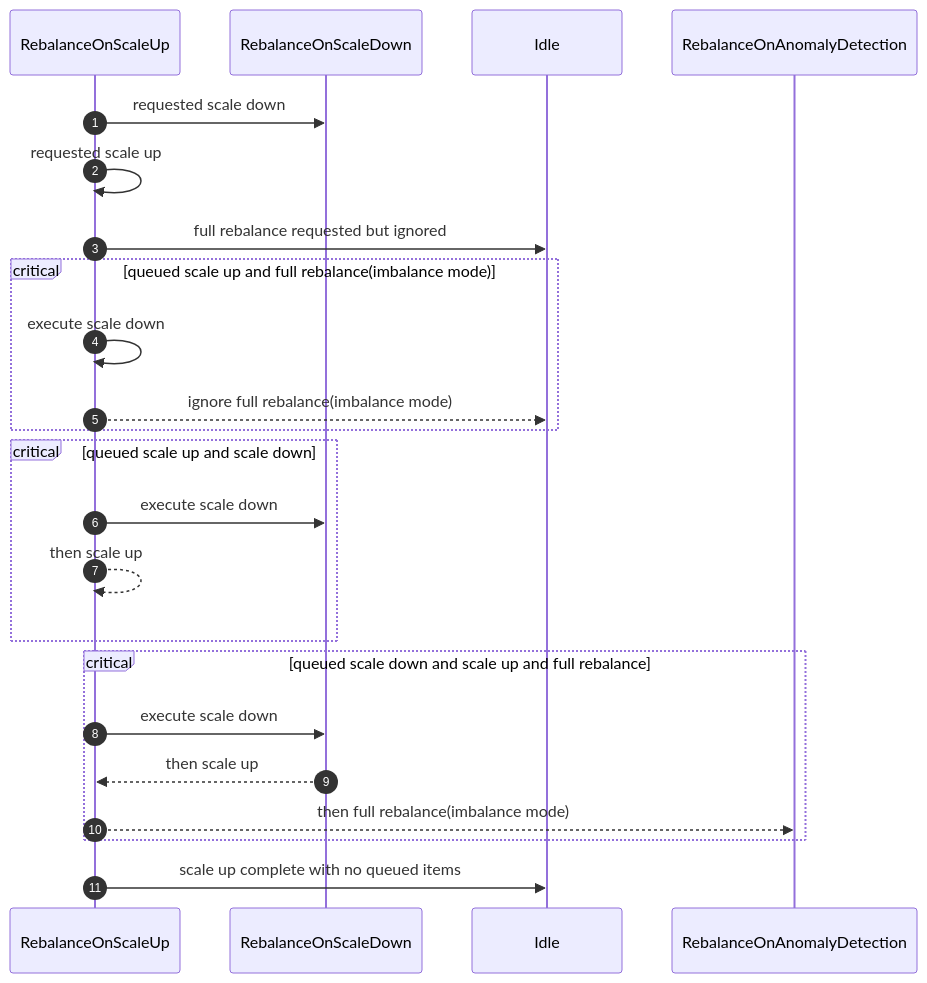
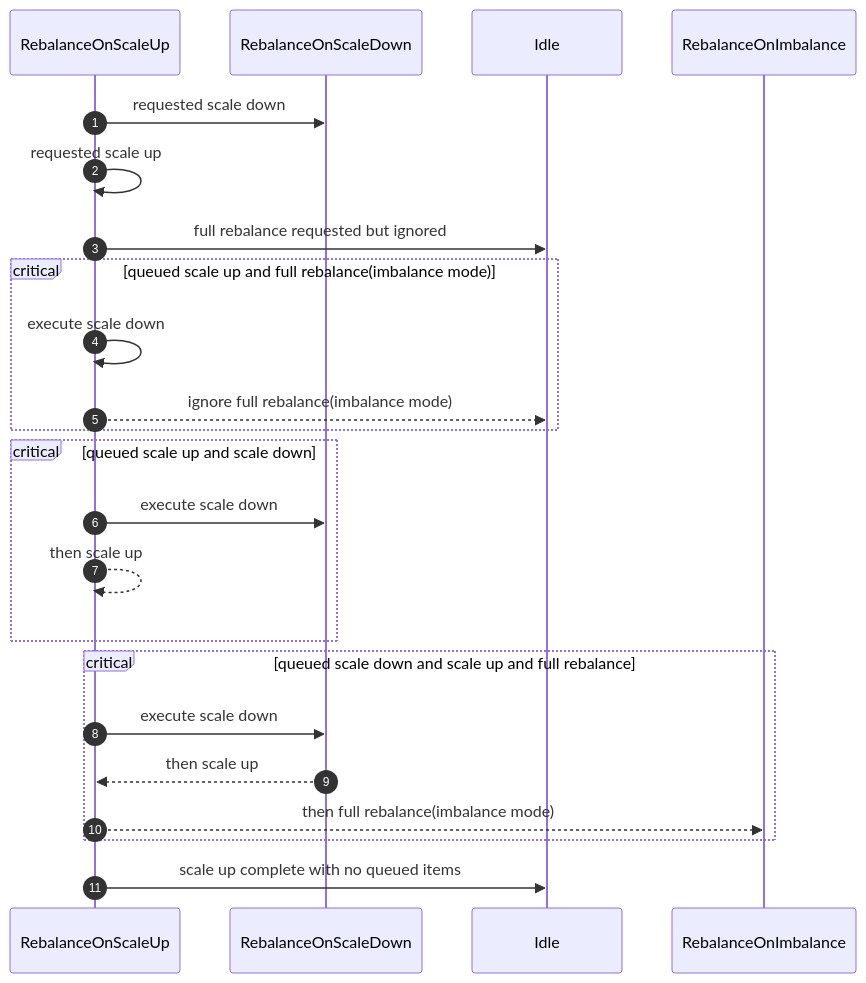
The third of 6 diagrams in 106-auto-rebalance-on-imbalanced-clusters.md (strimzi/proposals), drawn with Mermaid before and after one commit. The commit also changed other lines of this file, not shown here.

````diff
--- a/106-auto-rebalance-on-imbalanced-clusters.md
+++ b/106-auto-rebalance-on-imbalanced-clusters.md
@@ -354,21 +359,21 @@
 ```mermaid
 sequenceDiagram
   autonumber
   RebalanceOnScaleUp->>RebalanceOnScaleDown: requested scale down
   RebalanceOnScaleUp->>RebalanceOnScaleUp: requested scale up
   RebalanceOnScaleUp->>Idle: full rebalance requested but ignored
   critical queued scale up and full rebalance(imbalance mode)
     RebalanceOnScaleUp->>RebalanceOnScaleUp: execute scale down
     RebalanceOnScaleUp-->>Idle: ignore full rebalance(imbalance mode)
   end
   critical queued scale up and scale down
     RebalanceOnScaleUp->>RebalanceOnScaleDown: execute scale down
     RebalanceOnScaleUp-->>RebalanceOnScaleUp: then scale up
   end
   critical queued scale down and scale up and full rebalance
     RebalanceOnScaleUp->>RebalanceOnScaleDown: execute scale down
     RebalanceOnScaleDown-->>RebalanceOnScaleUp: then scale up
-    RebalanceOnScaleUp-->>RebalanceOnAnomalyDetection: then full rebalance(imbalance mode)
+    RebalanceOnScaleUp-->>RebalanceOnImbalance: then full rebalance(imbalance mode)
   end
   RebalanceOnScaleUp->>Idle: scale up complete with no queued items
 ```
````
